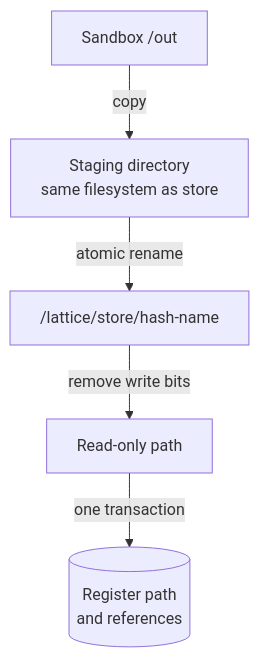
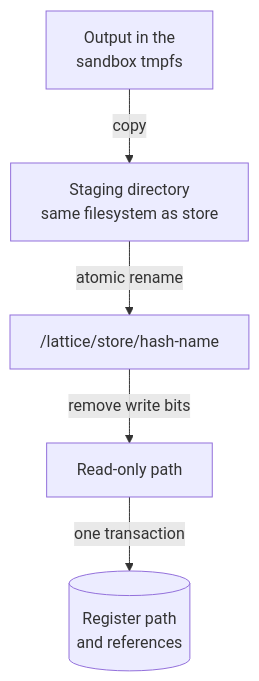
The first of 3 diagrams in docs/components/store.md (PacketFive/PyrixOS), drawn with Mermaid before and after one commit. The commit also changed other lines of this file and 5 other files, not shown here.

````diff
--- a/docs/components/store.md
+++ b/docs/components/store.md
@@ -24,16 +24,16 @@
 ```mermaid
 ---
 config:
   themeVariables:
     fontSize: 16px
   flowchart:
     useMaxWidth: false
   sequence:
     useMaxWidth: false
 ---
 flowchart TB
-    out["Sandbox /out"] -->|"copy"| stage["Staging directory<br/>same filesystem as store"]
+    out["Output in the<br/>sandbox tmpfs"] -->|"copy"| stage["Staging directory<br/>same filesystem as store"]
     stage -->|"atomic rename"| path["/lattice/store/hash-name"]
     path -->|"remove write bits"| ro["Read-only path"]
     ro -->|"one transaction"| db[("Register path<br/>and references")]
 ```
````
